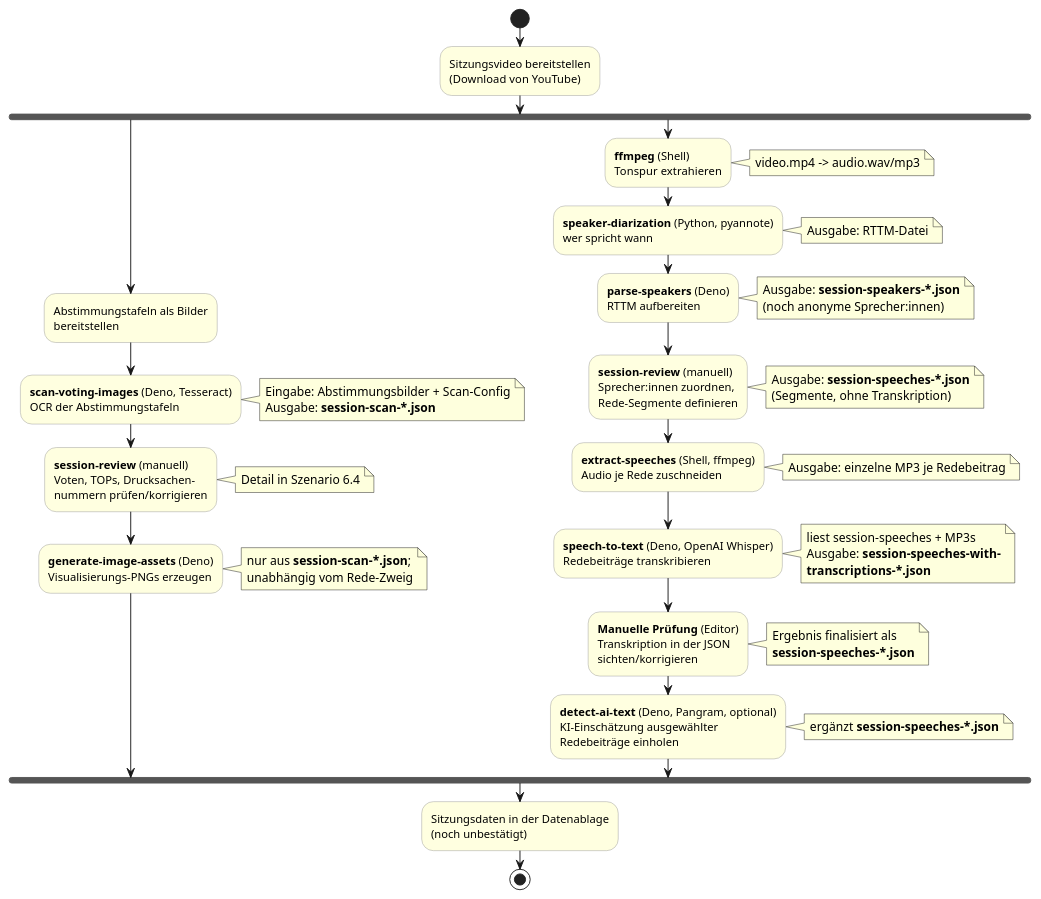
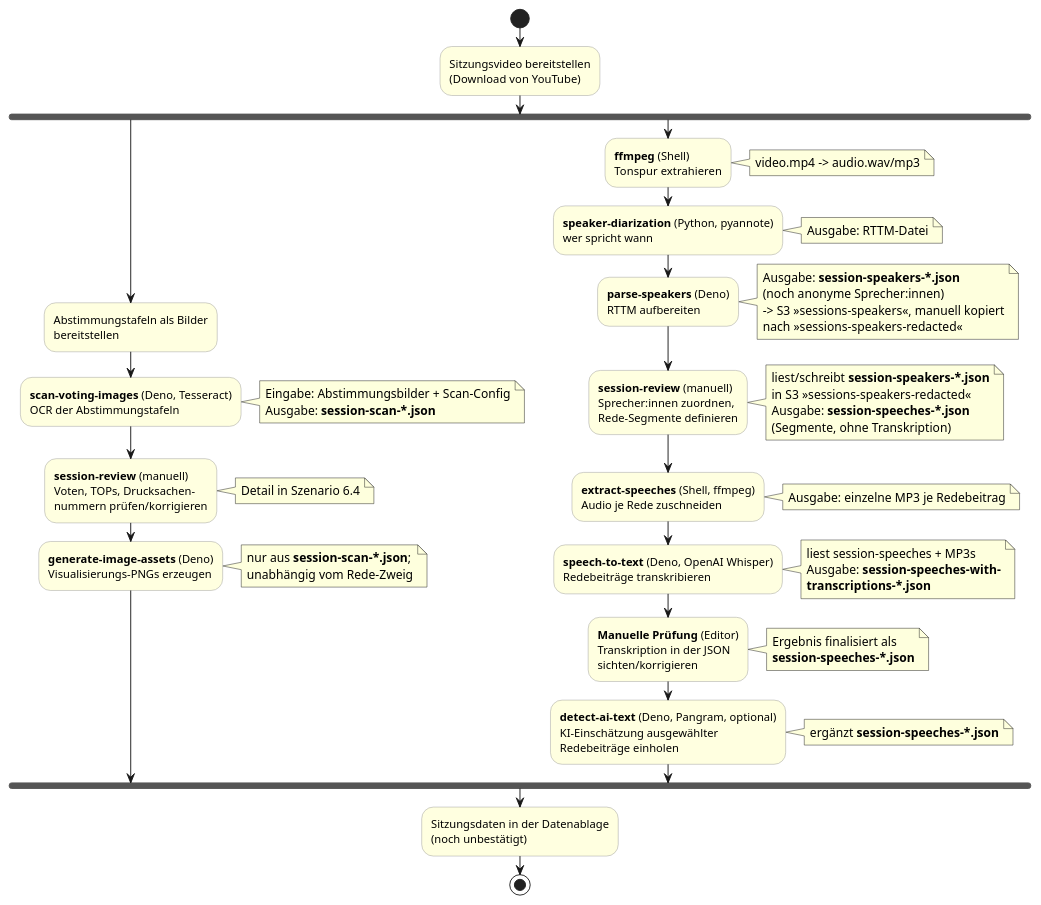
The diagram in docs/arc42/06-laufzeitsicht/01-sitzungsverarbeitung.adoc (ungeschneuer/StadtratWatch-Leipzig), drawn with PlantUML before and after one commit. The commit also changed 82 other files, not shown here.

First line of the commit message:
chore(data): remove session-speakers files from data/, S3 is their only store (#534)

```diff
--- a/docs/arc42/06-laufzeitsicht/01-sitzungsverarbeitung.adoc
+++ b/docs/arc42/06-laufzeitsicht/01-sitzungsverarbeitung.adoc
@@ -36,66 +36,70 @@
 [plantuml,lz-sitzungsverarbeitung,svg]
 ....
 @startuml
 skinparam shadowing false
 skinparam activity {
   BackgroundColor #lightyellow
   BorderColor #999999
 }
 
 start
 :Sitzungsvideo bereitstellen\n(Download von YouTube);
 
 fork
   ' --- Abstimmungs-Zweig (OCR) ---
   :Abstimmungstafeln als Bilder\nbereitstellen;
   :**scan-voting-images** (Deno, Tesseract)\nOCR der Abstimmungstafeln;
   note right
     Eingabe: Abstimmungsbilder + Scan-Config
     Ausgabe: **session-scan-*.json**
   end note
   :**session-review** (manuell)\nVoten, TOPs, Drucksachen-\nnummern prüfen/korrigieren;
   note right: Detail in Szenario 6.4
   :**generate-image-assets** (Deno)\nVisualisierungs-PNGs erzeugen;
   note right
     nur aus **session-scan-*.json**;
     unabhängig vom Rede-Zweig
   end note
 fork again
   ' --- Rede-Zweig (Audio) ---
   :**ffmpeg** (Shell)\nTonspur extrahieren;
   note right: video.mp4 -> audio.wav/mp3
   :**speaker-diarization** (Python, pyannote)\nwer spricht wann;
   note right: Ausgabe: RTTM-Datei
   :**parse-speakers** (Deno)\nRTTM aufbereiten;
   note right
     Ausgabe: **session-speakers-*.json**
     (noch anonyme Sprecher:innen)
+    -> S3 »sessions-speakers«, manuell kopiert
+    nach »sessions-speakers-redacted«
   end note
   :**session-review** (manuell)\nSprecher:innen zuordnen,\nRede-Segmente definieren;
   note right
+    liest/schreibt **session-speakers-*.json**
+    in S3 »sessions-speakers-redacted«
     Ausgabe: **session-speeches-*.json**
     (Segmente, ohne Transkription)
   end note
   :**extract-speeches** (Shell, ffmpeg)\nAudio je Rede zuschneiden;
   note right: Ausgabe: einzelne MP3 je Redebeitrag
   :**speech-to-text** (Deno, OpenAI Whisper)\nRedebeiträge transkribieren;
   note right
     liest session-speeches + MP3s
     Ausgabe: **session-speeches-with-**
     **transcriptions-*.json**
   end note
   :**Manuelle Prüfung** (Editor)\nTranskription in der JSON\nsichten/korrigieren;
   note right
     Ergebnis finalisiert als
     **session-speeches-*.json**
   end note
   :**detect-ai-text** (Deno, Pangram, optional)\nKI-Einschätzung ausgewählter\nRedebeiträge einholen;
   note right
     ergänzt **session-speeches-*.json**
   end note
 end fork
 
 :Sitzungsdaten in der Datenablage\n(noch unbestätigt);
 stop
 @enduml
 ....
```
